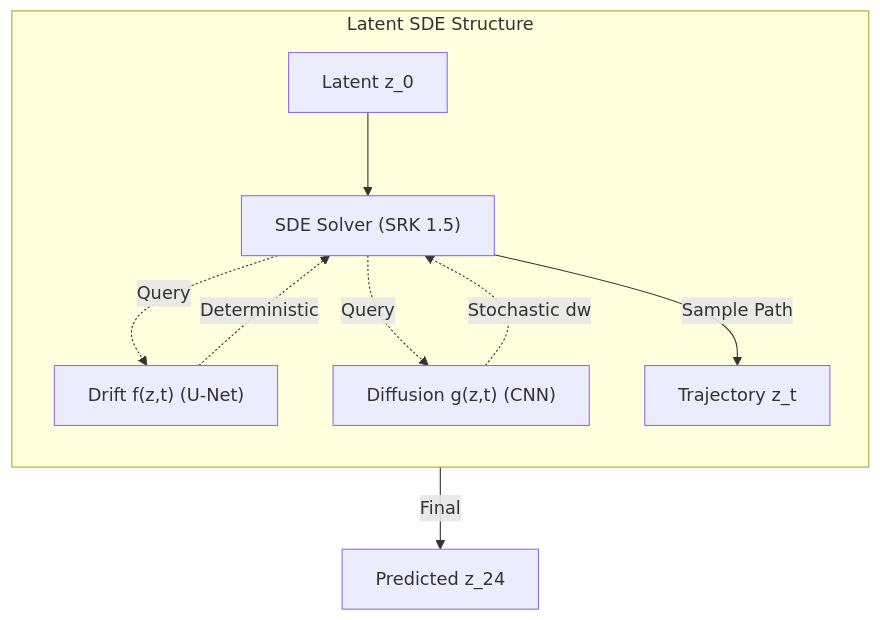
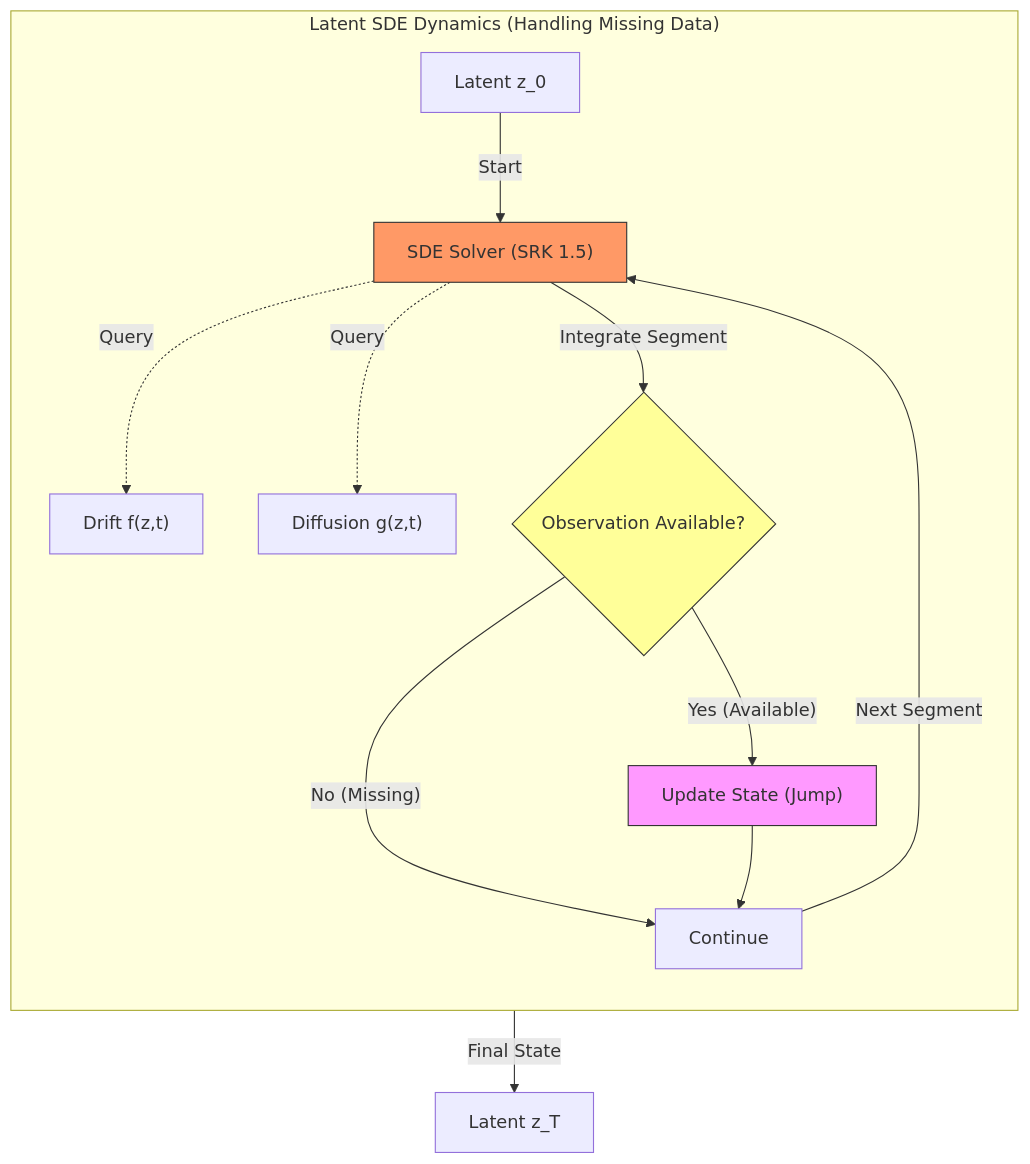
The second of 2 diagrams in README.md (avalanchezy/IL-CLDM), drawn with Mermaid before and after one commit. The commit also changed other lines of this file, not shown here.

Commit message:
Docs: Update SDE architecture diagram to show Missing Data Handling
- Diagram now explicitly shows the 'Integrate -> Check Obs -> Update' loop
- Removed AAE components from the diagram to focus on Latent Dynamics
- Clarified text regarding missing data support in SDE

````diff
--- a/README.md
+++ b/README.md
@@ -58,17 +59,29 @@
 ```mermaid
 graph TD
-    subgraph "Latent SDE Structure"
+    subgraph "Latent SDE Dynamics (Handling Missing Data)"
         direction TB
-        Input["Latent z_0"] --> Solver["SDE Solver (SRK 1.5)"]
         
-        Solver -.->|Query| Drift["Drift f(z,t) (U-Net)"]
-        Solver -.->|Query| Diff["Diffusion g(z,t) (CNN)"]
+        Z0["Latent z_0"] -->|Start| Solver
         
-        Drift -.->|Deterministic| Solver
-        Diff -.->|Stochastic dw| Solver
+        Solver["SDE Solver (SRK 1.5)"]
+        Drift["Drift f(z,t)"]
+        Diff["Diffusion g(z,t)"]
         
-        Solver -->|Sample Path| Traj["Trajectory z_t"]
+        Solver -.->|Query| Drift
+        Solver -.->|Query| Diff
+        
+        Solver -->|Integrate Segment| Check{"Observation Available?"}
+        
+        Check -- "No (Missing)" --> Continue["Continue"]
+        Check -- "Yes (Available)" --> Update["Update State (Jump)"]
+        
+        Update --> Continue
+        Continue -->|Next Segment| Solver
     end
     
-    Traj -->|Final| Out["Predicted z_24"]
+    Solver -->|Final State| ZT["Latent z_T"]
+    
+    style Update fill:#f9f,stroke:#333
+    style Check fill:#ff9,stroke:#333
+    style Solver fill:#f96,stroke:#333
 ```
````
